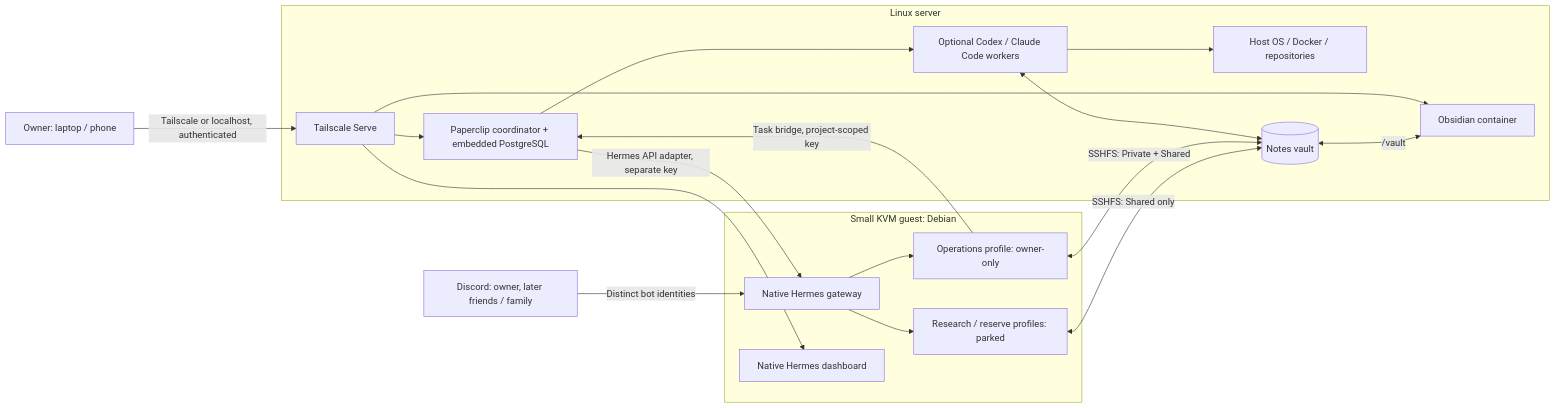
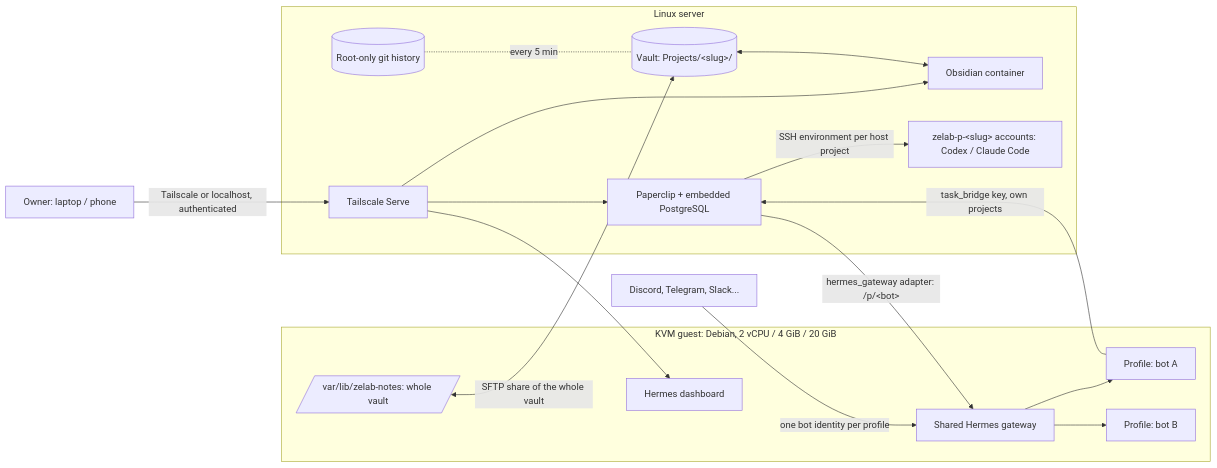
The diagram in docs/ARCHITECTURE.md (Bboissen/Zelab), drawn with Mermaid before and after one commit. The commit also changed other lines of this file and 9 other files, not shown here.

First line of the commit message:
Describe v1.1 in the docs and fix two Paperclip project conditions

````diff
--- a/docs/ARCHITECTURE.md
+++ b/docs/ARCHITECTURE.md
@@ -3,24 +3,23 @@
 ```mermaid
 flowchart LR
   Owner[Owner: laptop / phone] -->|Tailscale or localhost, authenticated| UIs
-  Discord[Discord: owner, later friends / family] -->|Distinct bot identities| Gateway
-  subgraph VM[Small KVM guest: Debian]
-    Gateway[Native Hermes gateway]
-    Gateway --> Operations[Operations profile: owner-only]
-    Gateway --> Research[Research / reserve profiles: parked]
-    HermesUI[Native Hermes dashboard]
+  Chat[Discord, Telegram, Slack...] -->|one bot identity per profile| Gateway
+  subgraph VM[KVM guest: Debian, 2 vCPU / 4 GiB / 20 GiB]
+    Gateway[Shared Hermes gateway]
+    Gateway --> P1[Profile: bot A]
+    Gateway --> P2[Profile: bot B]
+    HermesUI[Hermes dashboard]
+    Mount[/var/lib/zelab-notes: whole vault/]
   end
   subgraph Host[Linux server]
     UIs[Tailscale Serve] --> Paperclip
     UIs --> Obsidian[Obsidian container]
     UIs --> HermesUI
-    Paperclip[Paperclip coordinator + embedded PostgreSQL] --> Workers[Optional Codex / Claude Code workers]
-    Workers --> OS[Host OS / Docker / repositories]
-    Vault[(Notes vault)] <-->|/vault| Obsidian
-    Workers <--> Vault
+    Paperclip[Paperclip + embedded PostgreSQL] -->|SSH environment per host project| Accounts[zelab-p-&lt;slug&gt; accounts: Codex / Claude Code]
+    Vault[(Vault: Projects/&lt;slug&gt;/)] <--> Obsidian
+    History[(Root-only git history)] -. every 5 min .- Vault
   end
-  Operations -->|Task bridge, project-scoped key| Paperclip
-  Paperclip -->|Hermes API adapter, separate key| Gateway
-  Operations <-->|SSHFS: Private + Shared| Vault
-  Research <-->|SSHFS: Shared only| Vault
+  P1 -->|task_bridge key, own projects| Paperclip
+  Paperclip -->|hermes_gateway adapter: /p/&lt;bot&gt;| Gateway
+  Mount <-->|SFTP share of the whole vault| Vault
 ```
````
